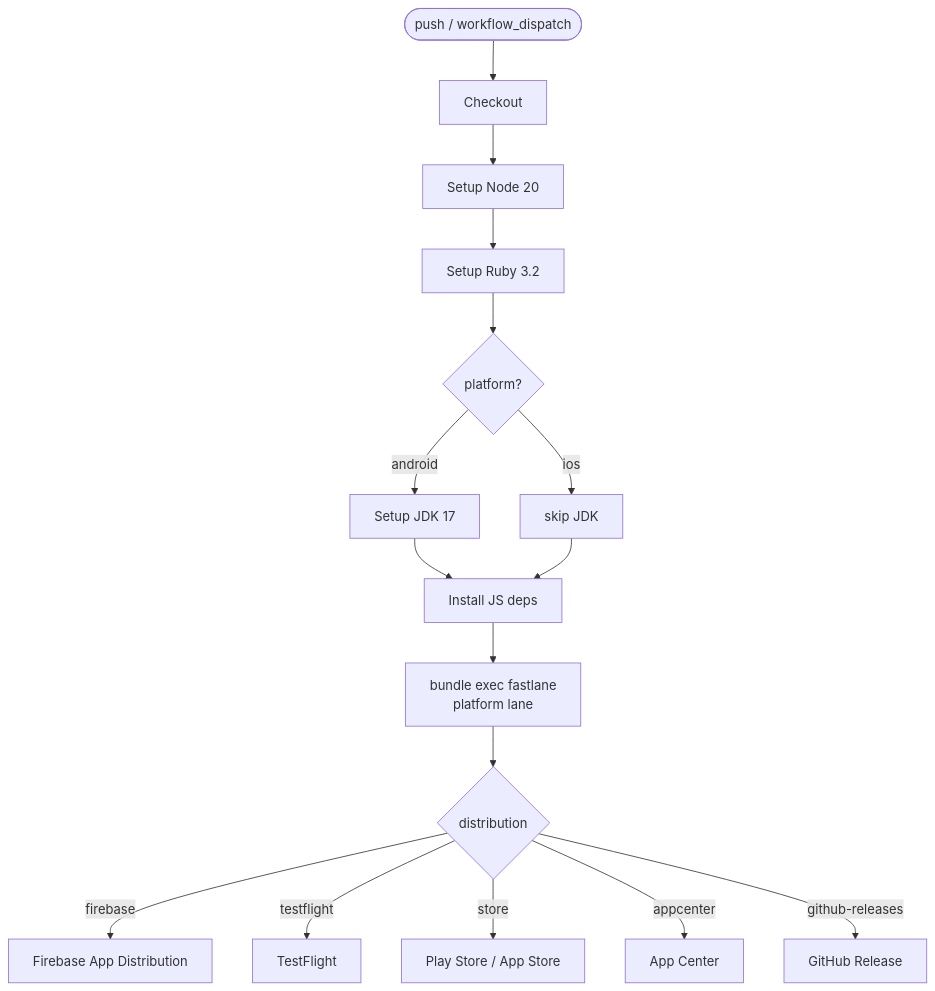
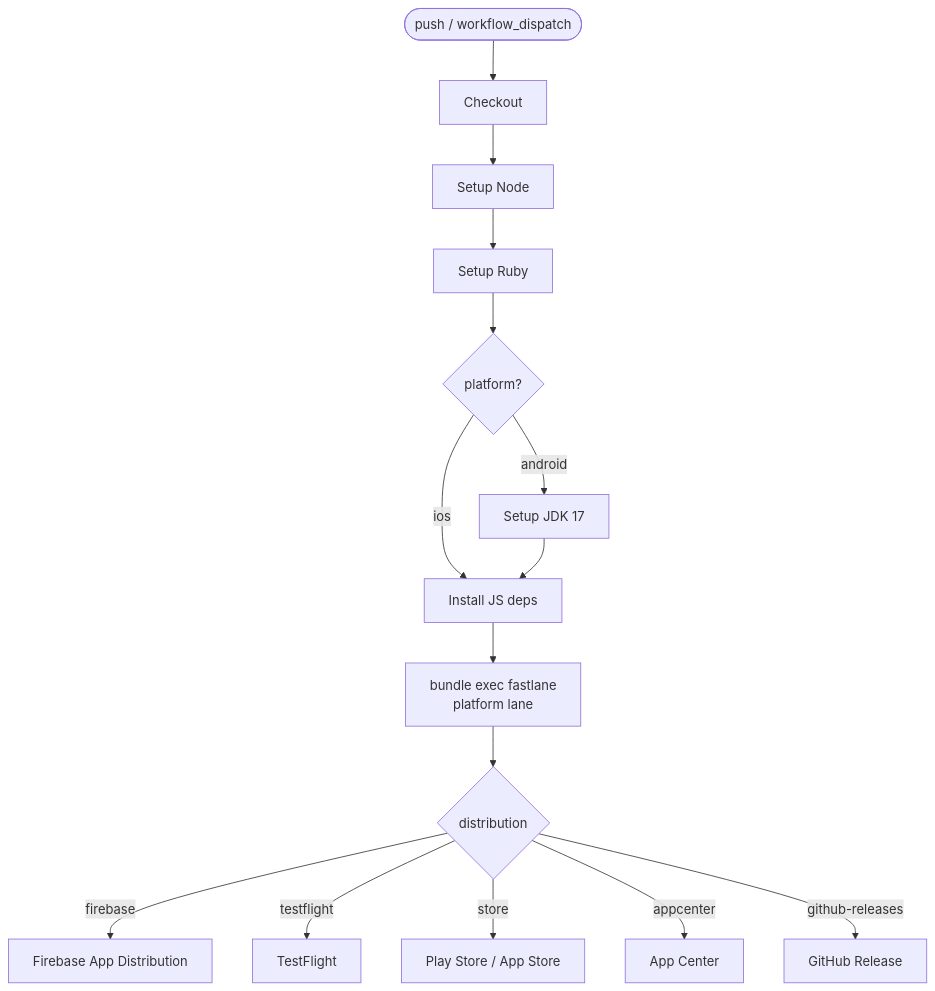
Before and after one commit to velascoamo-guillermo/rn-workflows: the second of 2 diagrams in README.md, drawn with Mermaid.

Commit message:
docs: fix workflow diagram accuracy

````diff
--- a/README.md
+++ b/README.md
@@ -112,18 +112,17 @@
 ```mermaid
 flowchart TD
     A([push / workflow_dispatch]) --> B[Checkout]
-    B --> C[Setup Node 20]
-    C --> D[Setup Ruby 3.2]
+    B --> C[Setup Node]
+    C --> D[Setup Ruby]
     D --> E{platform?}
     E -->|android| F[Setup JDK 17]
-    E -->|ios| G[skip JDK]
+    E -->|ios| H
     F --> H[Install JS deps]
-    G --> H
     H --> I["bundle exec fastlane<br/>platform lane"]
     I --> J{distribution}
     J -->|firebase| K[Firebase App Distribution]
     J -->|testflight| L[TestFlight]
     J -->|store| M[Play Store / App Store]
     J -->|appcenter| N[App Center]
     J -->|github-releases| O[GitHub Release]
 ```
````
